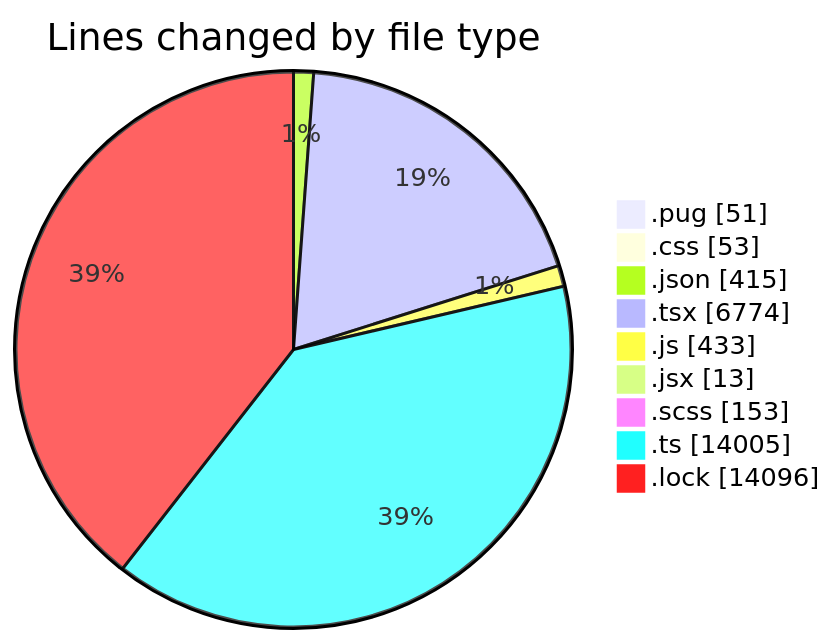
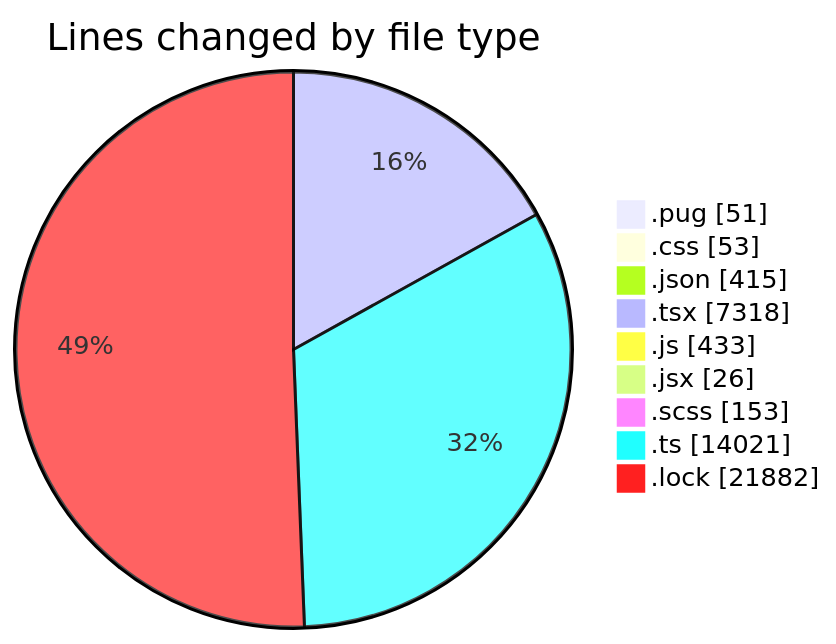
Before and after one commit to momahboobian/code-tracking: the first of 2 diagrams in 2025-11-06/cda/README.md, drawn with Mermaid. The commit also changed other lines of this file and 1 other file, not shown here.

````diff
--- a/2025-11-06/cda/README.md
+++ b/2025-11-06/cda/README.md
@@ -48,13 +50,13 @@
 ```mermaid
 pie showData
 title Lines changed by file type
 ".pug" : 51
 ".css" : 53
 ".json" : 415
-".tsx" : 6774
+".tsx" : 7318
 ".js" : 433
-".jsx" : 13
+".jsx" : 26
 ".scss" : 153
-".ts" : 14005
-".lock" : 14096
+".ts" : 14021
+".lock" : 21882
 ```
````
